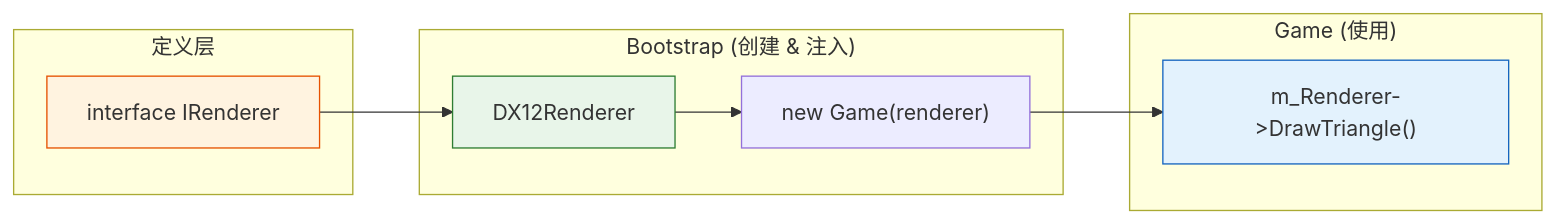
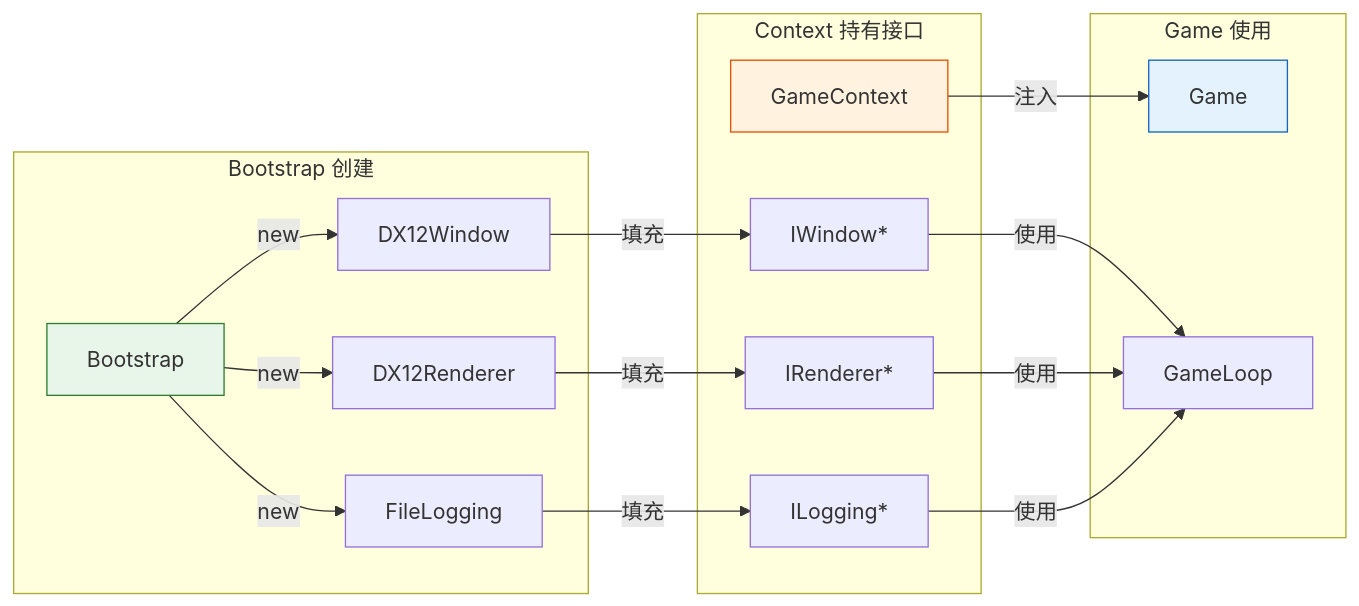
Before and after one commit to Gunxzq/DX12_Base: the fourth of 5 diagrams in Docs/Engine/Bootstrap.md, drawn with Mermaid. The commit also changed other lines of this file and 2 other files, not shown here.

````diff
--- a/Docs/Engine/Bootstrap.md
+++ b/Docs/Engine/Bootstrap.md
@@ -168,23 +200,36 @@
 ```mermaid
 graph LR
-    subgraph "定义层"
-        I["interface IRenderer"]
+    subgraph "Bootstrap 创建"
+        B["Bootstrap"]
+        W["DX12Window"]
+        R["DX12Renderer"]
+        L["FileLogging"]
     end
 
-    subgraph "Bootstrap (创建 & 注入)"
-        BR["DX12Renderer"]
-        BG["new Game(renderer)"]
+    subgraph "Context 持有接口"
+        C["GameContext"]
+        C1["IWindow*"]
+        C2["IRenderer*"]
+        C3["ILogging*"]
     end
 
-    subgraph "Game (使用)"
-        GR["m_Renderer->DrawTriangle()"]
+    subgraph "Game 使用"
+        G["Game"]
+        GL["GameLoop"]
     end
 
-    I --> BR
-    BR --> BG
-    BG --> GR
+    B -->|"new"| W
+    B -->|"new"| R
+    B -->|"new"| L
 
-    style I fill:#fff3e0,stroke:#e65100
-    style BR fill:#e8f5e9,stroke:#2e7d32
-    style GR fill:#e3f2fd,stroke:#1565c0
+    W -->|"填充"| C1
+    R -->|"填充"| C2
+    L -->|"填充"| C3
+
+    C -->|"注入"| G
+    C1 & C2 & C3 -->|"使用"| GL
+
+    style B fill:#e8f5e9,stroke:#2e7d32
+    style C fill:#fff3e0,stroke:#e65100
+    style G fill:#e3f2fd,stroke:#1565c0
 ```
````
